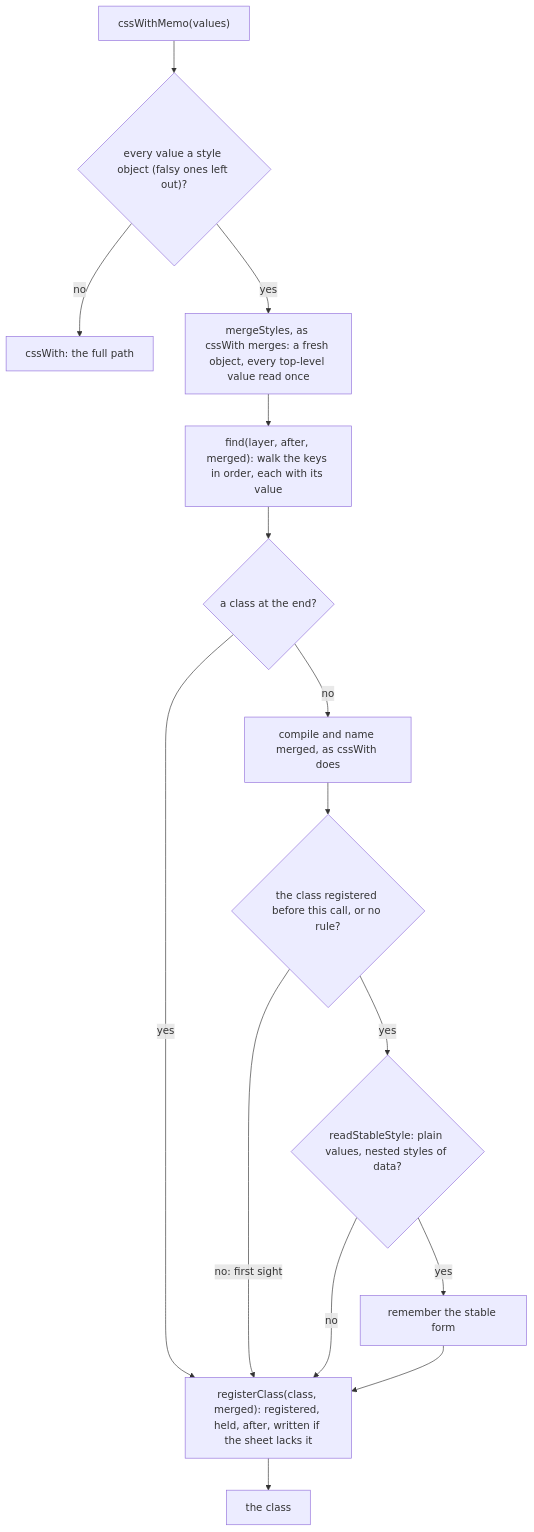
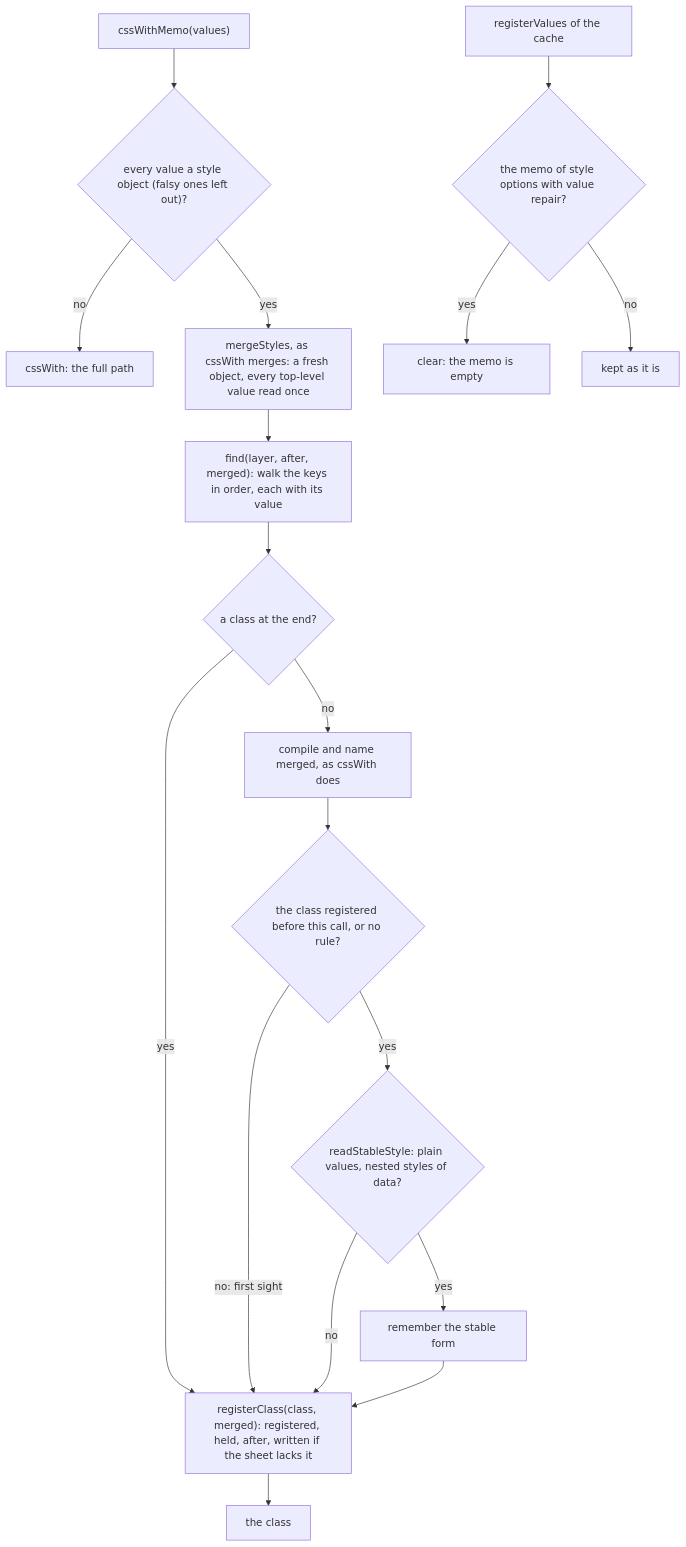
One commit to soroush-tech/umber-style changed the diagram in packages/core/src/contentMemo.md. Above: the diagram before and after it, drawn with Mermaid. The commit also changed other lines of this file and 8 other files, not shown here.

Commit message:
perf(core): the style memo works with value repair, emptied when token values change - close #76

````diff
--- a/packages/core/src/contentMemo.md
+++ b/packages/core/src/contentMemo.md
@@ -22,17 +22,20 @@
 ```mermaid
 flowchart TD
   invoked["cssWithMemo(values)"] --> plain{"every value a style object (falsy ones left out)?"}
   plain -->|no| full["cssWith: the full path"]
   plain -->|yes| merge["mergeStyles, as cssWith merges: a fresh object, every top-level value read once"]
   merge --> find["find(layer, after, merged): walk the keys in order, each with its value"]
   find --> hit{"a class at the end?"}
   hit -->|yes| reg
   hit -->|no| name["compile and name merged, as cssWith does"]
   name --> before{"the class registered before this call, or no rule?"}
   before -->|"no: first sight"| reg
   before -->|yes| stable{"readStableStyle: plain values, nested styles of data?"}
   stable -->|no| reg
   stable -->|yes| keep["remember the stable form"]
   keep --> reg["registerClass(class, merged): registered, held, after, written if the sheet lacks it"]
   reg --> ret["the class"]
+  values["registerValues of the cache"] --> repairs{"the memo of style options with value repair?"}
+  repairs -->|yes| clear["clear: the memo is empty"]
+  repairs -->|no| kept["kept as it is"]
 ```
````
